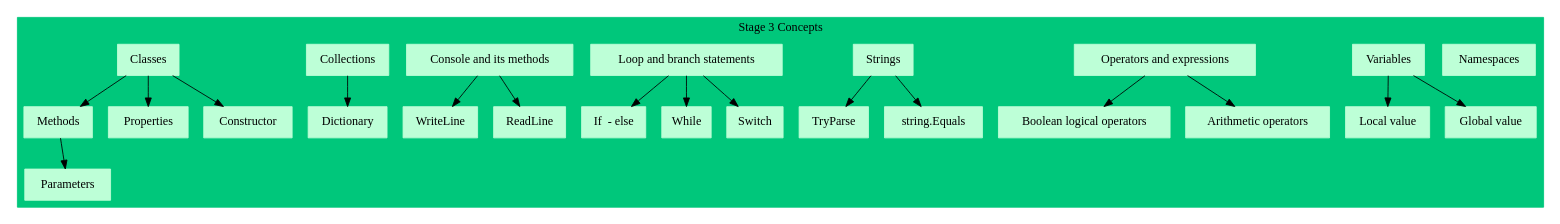
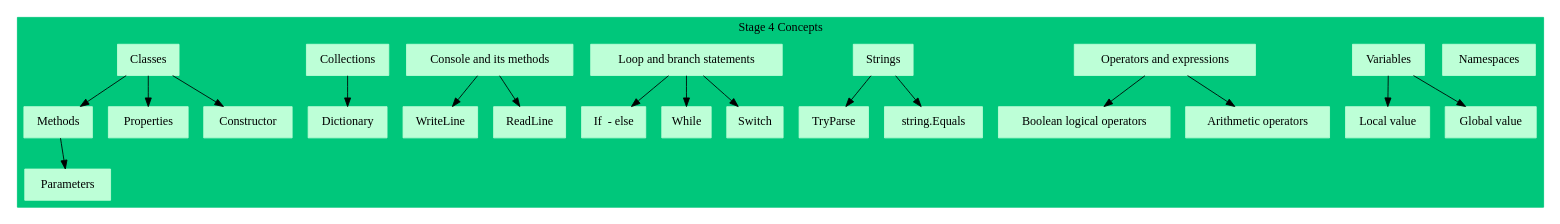
Before and after one commit to WildGums/TrainingProgram: the diagram in modules/CoffeeMachine/Stage 4/ConceptsMapStage4.dot, drawn with Graphviz.

Commit message:
chart naming fix

```diff
--- a/modules/CoffeeMachine/Stage 4/ConceptsMapStage4.dot
+++ b/modules/CoffeeMachine/Stage 4/ConceptsMapStage4.dot
@@ -1,43 +1,43 @@
 
 digraph ConceptsMap {
 
 	subgraph cluster_0 {
 		style=filled;
 		color="#00c77b";
         
 		node [style = filled color = "#bdffd7" shape = box] Namespaces;
         node [] Variables;
 		node [] "Operators and expressions";
 		node [] Strings;
         node [] "Loop and branch statements";
 		node [] "Console and its methods"; 
 		node [] Collections;
         node [] Classes;
 
         Classes -> Methods -> Parameters;
 		Classes -> Properties;
 		Classes -> Constructor;
 
 		Collections -> Dictionary;
 
 		"Console and its methods" -> "WriteLine";
 		"Console and its methods" -> "ReadLine";
 
 		"Loop and branch statements" -> "If  - else"
 		"Loop and branch statements" -> "While";
 		"Loop and branch statements" -> "Switch";
 
 		"Operators and expressions" -> "Boolean logical operators";
 		"Operators and expressions" -> "Arithmetic operators";
 
 		Variables -> "Local value";
 		Variables -> "Global value";
 
 		Strings -> TryParse;
 		Strings -> "string.Equals";
 
 		
-		label = "Stage 3 Concepts";
+		label = "Stage 4 Concepts";
 	}
 
 }
```
